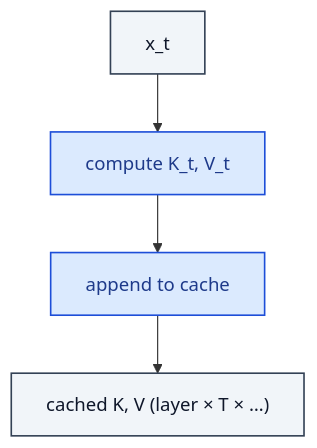
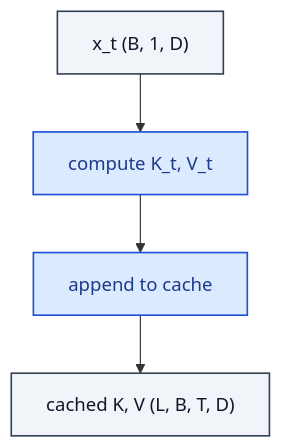
Before and after one commit to RealityShifts/Srivastava-book-of-Blocks-diagrams: the diagram in memory_retrieval/KVCache.md, drawn with Mermaid. The commit also changed 123 other files, not shown here.

````diff
--- a/memory_retrieval/KVCache.md
+++ b/memory_retrieval/KVCache.md
@@ -7,19 +7,20 @@
 ```mermaid
 flowchart TD
-    n0_0["x_t"]:::io
+    n0_0["x_t  (B, 1, D)"]:::io
     n1_0["compute K_t, V_t"]:::op
     n2_0["append to cache"]:::op
-    n3_0["cached K, V  (layer × T × …)"]:::io
+    n3_0["cached K, V  (L, B, T, D)"]:::io
     n0_0 --> n1_0
     n1_0 --> n2_0
     n2_0 --> n3_0
     classDef io fill:#f1f5f9,stroke:#334155,stroke-width:1.4px,color:#0f172a
     classDef op fill:#dbeafe,stroke:#1d4ed8,stroke-width:1.4px,color:#1e3a8a
     classDef norm fill:#dcfce7,stroke:#15803d,stroke-width:1.4px,color:#14532d
     classDef act fill:#ffedd5,stroke:#c2410c,stroke-width:1.4px,color:#7c2d12
     classDef attn fill:#ede9fe,stroke:#6d28d9,stroke-width:1.4px,color:#4c1d95
     classDef merge fill:#fef3c7,stroke:#b45309,stroke-width:1.4px,color:#78350f
     classDef emb fill:#fef9c3,stroke:#a16207,stroke-width:1.4px,color:#713f12
     classDef loss fill:#fee2e2,stroke:#b91c1c,stroke-width:1.4px,color:#7f1d1d
     classDef ctrl fill:#f5f5f4,stroke:#52525b,stroke-width:1.4px,color:#27272a
+    classDef ref fill:#e0f2fe,stroke:#0369a1,stroke-width:2px,color:#0c4a6e,stroke-dasharray: 4 2
 ```
````
